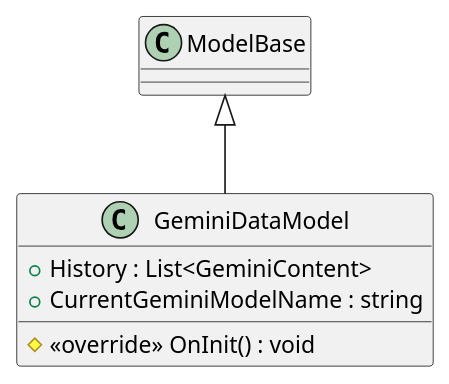
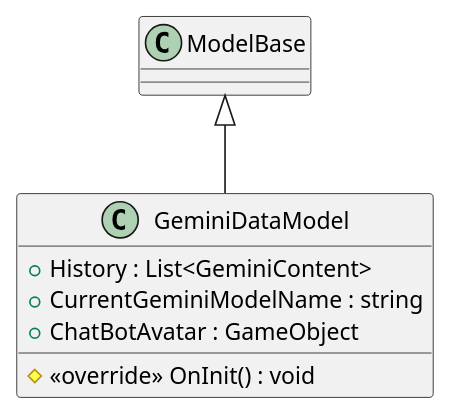
One commit to cutehusky/VirtualChat3D changed the diagram in src/Assets/Scripts/Core/ChatBotModule/puml/Model/GeminiDataModel.puml. Above: the diagram before and after it, drawn with PlantUML. The commit also changed 101 other files, not shown here.

First line of the commit message:
update framework and create uml for OnlineRuntimeModule

```diff
--- a/src/Assets/Scripts/Core/ChatBotModule/puml/Model/GeminiDataModel.puml
+++ b/src/Assets/Scripts/Core/ChatBotModule/puml/Model/GeminiDataModel.puml
@@ -1,8 +1,9 @@
 @startuml
 class GeminiDataModel {
     + History : List<GeminiContent>
     + CurrentGeminiModelName : string
+    + ChatBotAvatar : GameObject
     # <<override>> OnInit() : void
 }
 ModelBase <|-- GeminiDataModel
 @enduml
```
